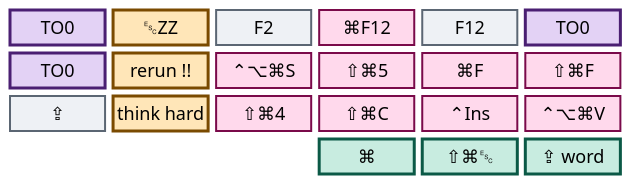
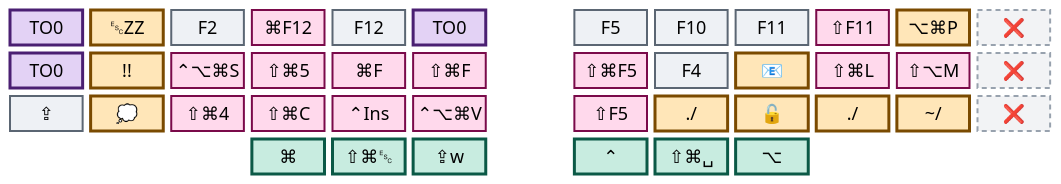
The fifth of 6 diagrams in README.md (abloch/zmk-corne), drawn with Mermaid before and after one commit. The commit also changed other lines of this file, not shown here.

First line of the commit message:
Redraw the README layer maps as single side-by-side diagrams

````diff
--- a/README.md
+++ b/README.md
@@ -276,22 +190,24 @@
 ```mermaid
 %%{init: {'theme':'base','themeVariables':{'primaryColor':'#eef1f5','primaryTextColor':'#0b0f14','primaryBorderColor':'#5b6673','nodeTextColor':'#0b0f14','textColor':'#0b0f14','mainBkg':'#eef1f5','fontSize':'18px'}}}%%
 block
-columns 6
+columns 13
 
-  to0["TO0"] vz["␛ZZ"] f2["F2"] gf12["⌘F12"] f12["F12"] to0b["TO0"]
-  to0c["TO0"] rerun["rerun !!"] rec["⌃⌥⌘S"] cap5["⇧⌘5"] find["⌘F"] fnda["⇧⌘F"]
-  caps["⇪"] think["think hard"] cap4["⇧⌘4"] copy["⇧⌘C"] ins["⌃Ins"] pste["⌃⌥⌘V"]
-  space:3 cmd["⌘"] sesc["⇧⌘␛"] cw["⇪ word"]
+  to0["TO0"] vz["␛ZZ"] f2["F2"] gf["⌘F12"] lf12["F12"] t0b["TO0"] space f5["F5"] f10["F10"] f11["F11"] s11["⇧F11"] ap["⌥⌘P"] x1["❌"]
+  t0c["TO0"] rr["!!"] rec["⌃⌥⌘S"] c5["⇧⌘5"] fnd["⌘F"] fna["⇧⌘F"] space sgf5["⇧⌘F5"] f4["F4"] mai["📧"] lck["⇧⌘L"] mut["⇧⌥M"] x2["❌"]
+  cap["⇪"] thk["💭"] c4["⇧⌘4"] cpy["⇧⌘C"] ins["⌃Ins"] pst["⌃⌥⌘V"] space sf5["⇧F5"] ds["./"] uns["🔓"] ds2["./"] ts["~/"] x3["❌"]
+  space:3 cmd["⌘"] ses["⇧⌘␛"] cw["⇪w"] space ctl["⌃"] ssp["⇧⌘␣"] alt["⌥"] space:3
 
   classDef chord fill:#ffd9ec,stroke:#7a0a4a,stroke-width:2px,color:#3a0523
   classDef macro fill:#ffe6b8,stroke:#7a4a00,stroke-width:3px,color:#3a2200
   classDef layerk fill:#e3d2f5,stroke:#4a1f72,stroke-width:3px,color:#240c39
   classDef core fill:#eef1f5,stroke:#5b6673,stroke-width:2px,color:#0b0f14
   classDef thumb fill:#c8ece0,stroke:#0b5946,stroke-width:3px,color:#06241c
+  classDef dead fill:#f2f3f5,stroke:#98a2ae,stroke-width:2px,stroke-dasharray:5 4,color:#5b6673
 
-  class f2,f12,caps core
-  class gf12,rec,cap5,find,fnda,cap4,copy,ins,pste chord
-  class vz,rerun,think macro
-  class to0,to0b,to0c layerk
-  class cmd,sesc,cw thumb
+  class f2,lf12,cap,f5,f10,f11,f4 core
+  class gf,rec,c5,fnd,fna,c4,cpy,ins,pst,s11,sgf5,lck,mut,sf5 chord
+  class vz,rr,thk,ap,mai,ds,uns,ds2,ts macro
+  class to0,t0b,t0c layerk
+  class cmd,ses,cw,ctl,ssp,alt thumb
+  class x1,x2,x3 dead
 ```
````
